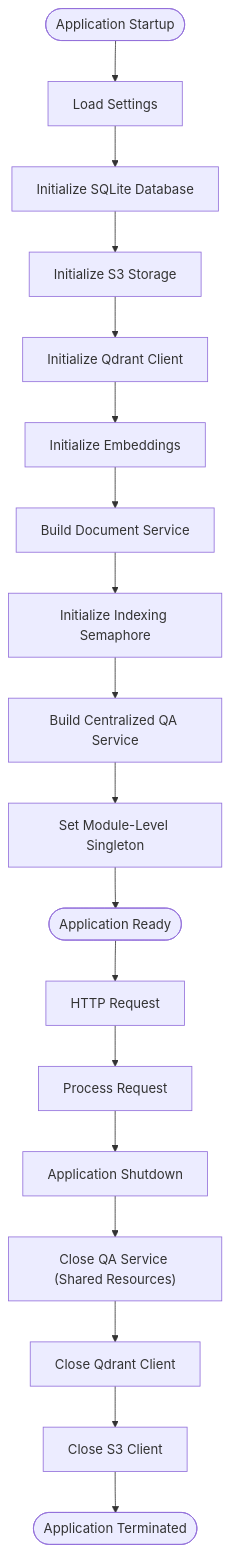
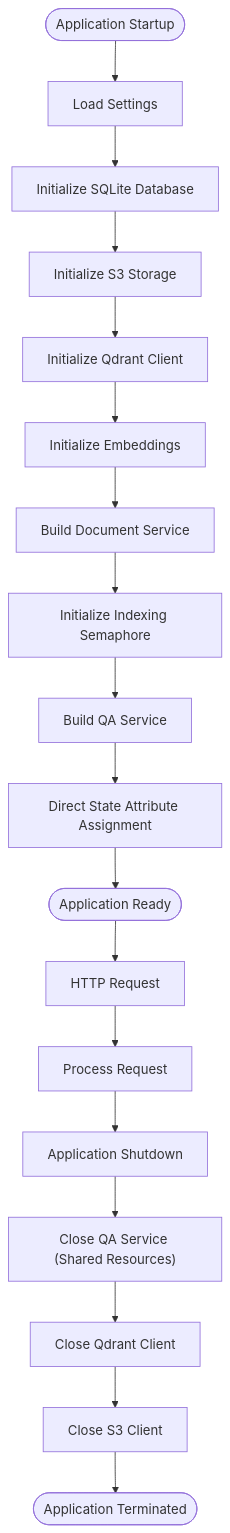
Before and after one commit to ognelis/cafetera_hr_bot: the third of 8 diagrams in .qoder/repowiki/en/content/API Reference/Dependency Injection System.md, drawn with Mermaid. The commit also changed other lines of this file and 20 other files, not shown here.

````diff
--- a/.qoder/repowiki/en/content/API Reference/Dependency Injection System.md
+++ b/.qoder/repowiki/en/content/API Reference/Dependency Injection System.md
@@ -194,20 +194,20 @@
 ```mermaid
 flowchart TD
 Start([Application Startup]) --> LoadConfig["Load Settings"]
 LoadConfig --> InitDB["Initialize SQLite Database"]
 InitDB --> InitS3["Initialize S3 Storage"]
 InitS3 --> InitQdrant["Initialize Qdrant Client"]
 InitQdrant --> InitEmbeddings["Initialize Embeddings"]
 InitEmbeddings --> BuildDocService["Build Document Service"]
 BuildDocService --> InitSemaphore["Initialize Indexing Semaphore"]
-InitSemaphore --> BuildQAService["Build Centralized QA Service"]
-BuildQAService --> SetModuleSingleton["Set Module-Level Singleton"]
-SetModuleSingleton --> Ready([Application Ready])
+InitSemaphore --> BuildQAService["Build QA Service"]
+BuildQAService --> DirectStateAssignment["Direct State Attribute Assignment"]
+DirectStateAssignment --> Ready([Application Ready])
 Ready --> Request[HTTP Request]
 Request --> Process[Process Request]
 Process --> Cleanup[Application Shutdown]
 Cleanup --> CloseQAService["Close QA Service (Shared Resources)"]
 CloseQAService --> CloseQdrant["Close Qdrant Client"]
 CloseQdrant --> CloseS3["Close S3 Client"]
 CloseS3 --> End([Application Terminated])
 ```
````
